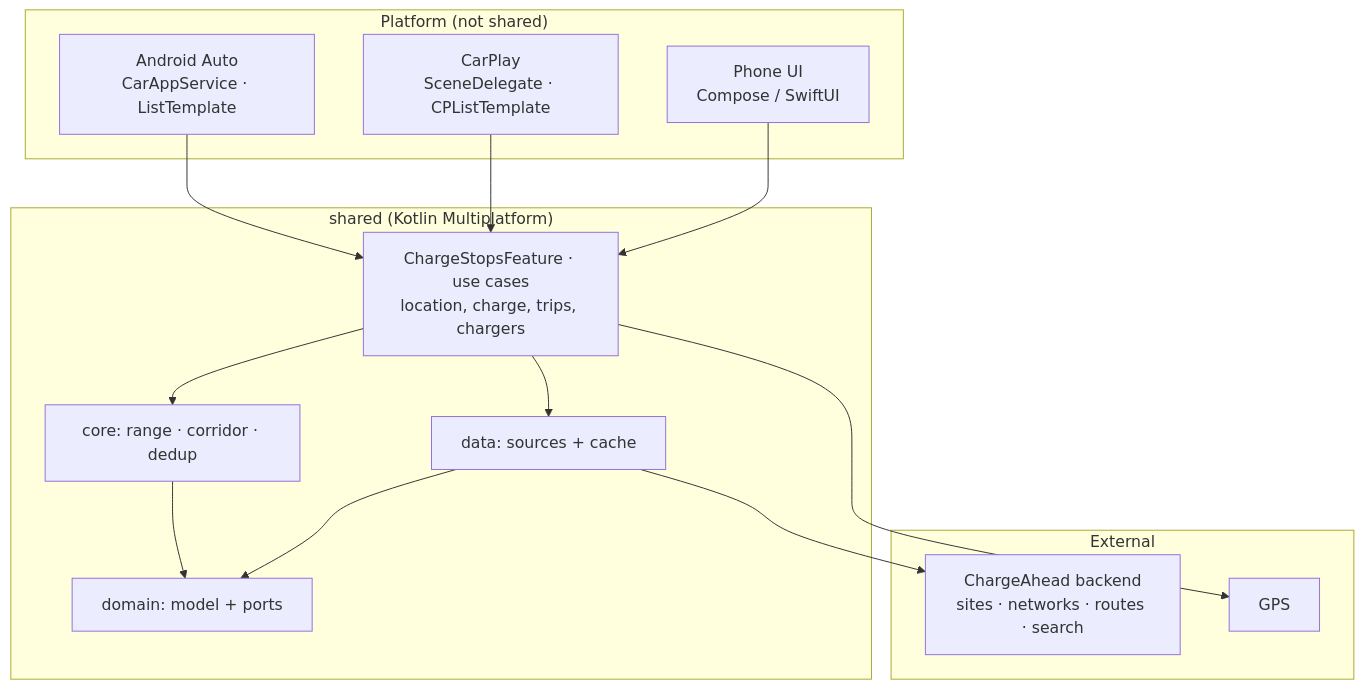
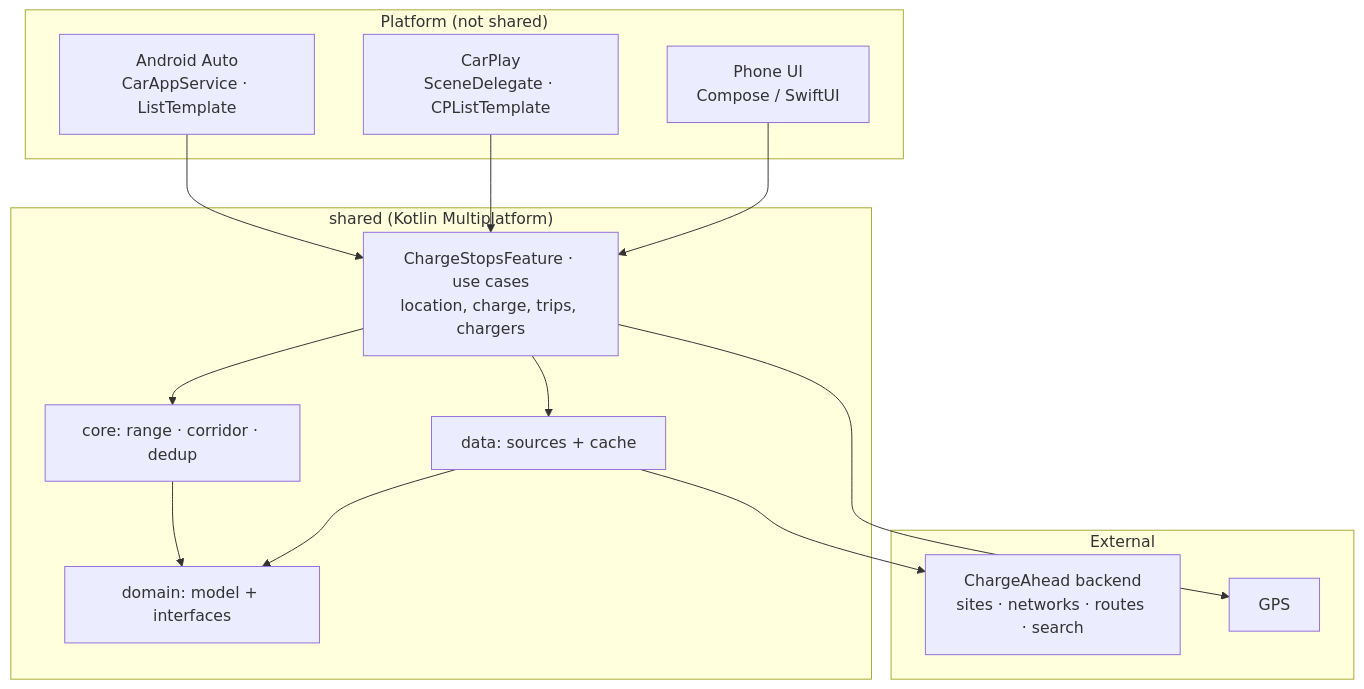
Before and after one commit to kalinjul/ChargeAhead: the diagram in ARCHITECTURE.md, drawn with Mermaid. The commit also changed other lines of this file and 11 other files, not shown here.

````diff
--- a/ARCHITECTURE.md
+++ b/ARCHITECTURE.md
@@ -191,27 +191,27 @@
 ```mermaid
 flowchart TD
     subgraph plat["Platform (not shared)"]
         AA["Android Auto<br/>CarAppService · ListTemplate"]
         CP["CarPlay<br/>SceneDelegate · CPListTemplate"]
         PH["Phone UI<br/>Compose / SwiftUI"]
     end
     subgraph shared["shared (Kotlin Multiplatform)"]
         VM["ChargeStopsFeature · use cases<br/>location, charge, trips, chargers"]
         CORE["core: range · corridor · dedup"]
-        DOM["domain: model + ports"]
+        DOM["domain: model + interfaces"]
         DATA["data: sources + cache"]
     end
     subgraph ext["External"]
         BE["ChargeAhead backend<br/>sites · networks · routes · search"]
         LOC["GPS"]
     end
     AA --> VM
     CP --> VM
     PH --> VM
     VM --> CORE
     CORE --> DOM
     DATA --> DOM
     VM --> DATA
     DATA --> BE
     VM --> LOC
 ```
````
